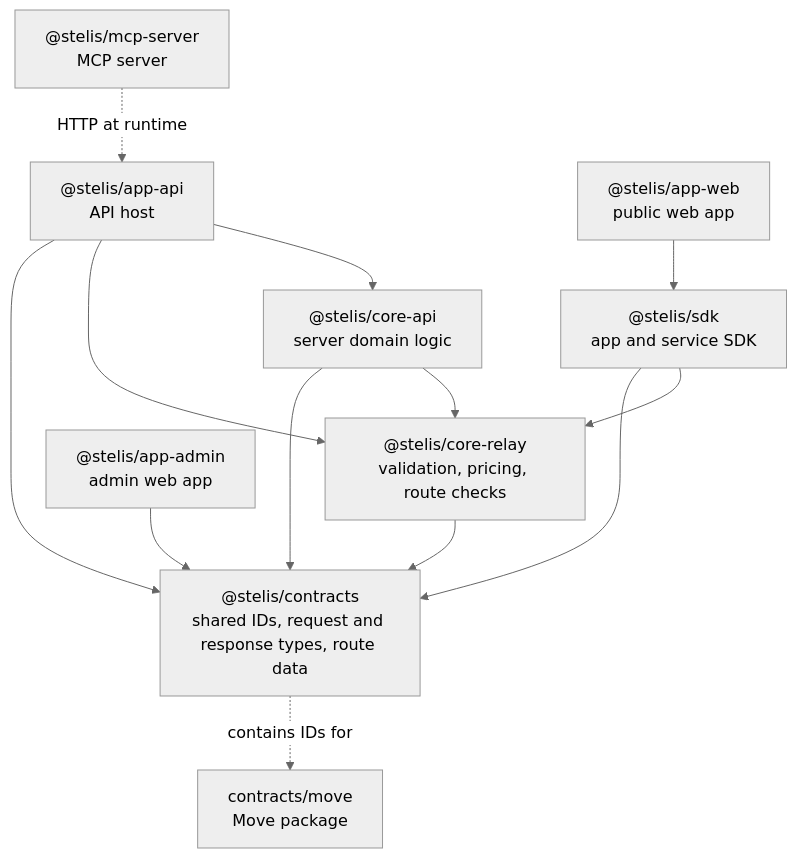
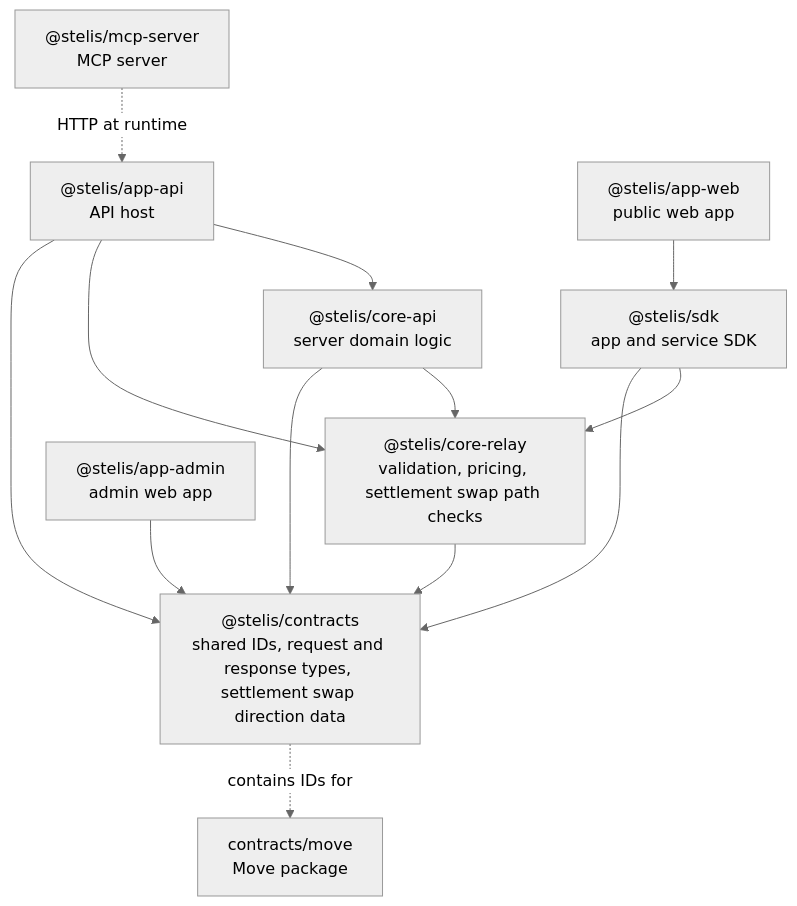
One commit to stelis-dev/stelis changed the diagram in docs/repository-structure.md. Above: the diagram before and after it, drawn with Mermaid (neutral theme). The commit also changed other lines of this file and 4 other files, not shown here.

Commit message:
Clarify settlement swap path docs

````diff
--- a/docs/repository-structure.md
+++ b/docs/repository-structure.md
@@ -62,25 +62,25 @@
 ```mermaid
 graph TD
     Move["contracts/move\nMove package"]
-    Contracts["@stelis/contracts\nshared IDs, request and response types, route data"]
-    Relay["@stelis/core-relay\nvalidation, pricing, route checks"]
+    Contracts["@stelis/contracts\nshared IDs, request and response types, settlement swap direction data"]
+    Relay["@stelis/core-relay\nvalidation, pricing, settlement swap path checks"]
     CoreApi["@stelis/core-api\nserver domain logic"]
     Sdk["@stelis/sdk\napp and service SDK"]
     Mcp["@stelis/mcp-server\nMCP server"]
     AppApi["@stelis/app-api\nAPI host"]
     AppWeb["@stelis/app-web\npublic web app"]
     AppAdmin["@stelis/app-admin\nadmin web app"]
 
     Relay --> Contracts
     CoreApi --> Contracts
     CoreApi --> Relay
     Sdk --> Contracts
     Sdk --> Relay
     AppApi --> Contracts
     AppApi --> Relay
     AppApi --> CoreApi
     AppWeb --> Sdk
     AppAdmin --> Contracts
     Mcp -. "HTTP at runtime" .-> AppApi
     Contracts -. "contains IDs for" .-> Move
 ```
````
